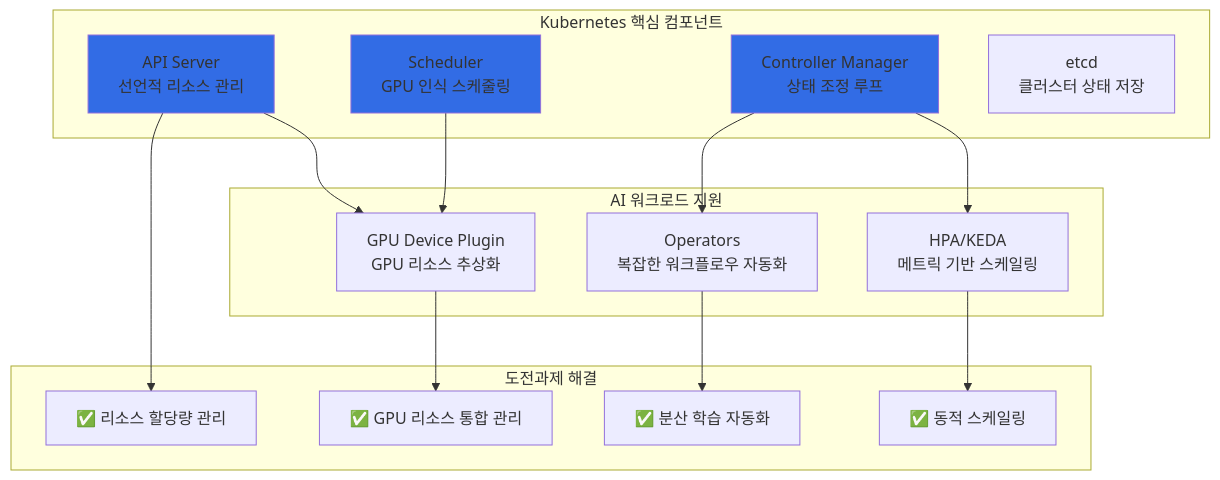
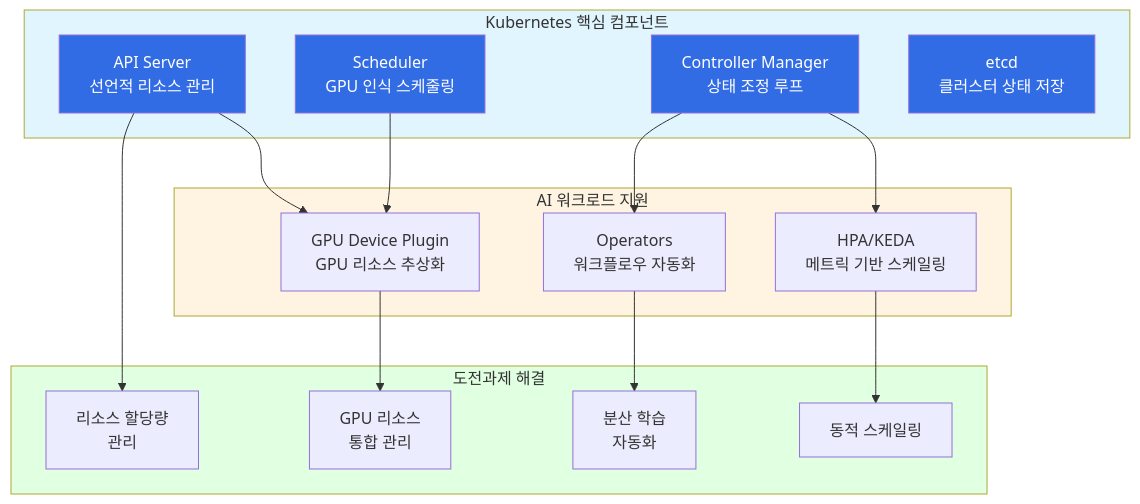
Before and after one commit to devfloor9/engineering-playbook: the third of 16 diagrams in docs/agentic-ai-platform/design-architecture/agentic-ai-challenges.md, drawn with Mermaid. The commit also changed other lines of this file and 24 other files, not shown here.

````diff
--- a/docs/agentic-ai-platform/design-architecture/agentic-ai-challenges.md
+++ b/docs/agentic-ai-platform/design-architecture/agentic-ai-challenges.md
@@ -104,35 +102,39 @@
 ```mermaid
-graph TB
-    subgraph "Kubernetes 핵심 컴포넌트"
+flowchart TD
+    subgraph K8sCore["Kubernetes 핵심 컴포넌트"]
         API["API Server<br/>선언적 리소스 관리"]
         SCHED["Scheduler<br/>GPU 인식 스케줄링"]
         CTRL["Controller Manager<br/>상태 조정 루프"]
         ETCD["etcd<br/>클러스터 상태 저장"]
     end
 
-    subgraph "AI 워크로드 지원"
+    subgraph AISupport["AI 워크로드 지원"]
         GPU["GPU Device Plugin<br/>GPU 리소스 추상화"]
         HPA["HPA/KEDA<br/>메트릭 기반 스케일링"]
-        OP["Operators<br/>복잡한 워크플로우 자동화"]
+        OP["Operators<br/>워크플로우 자동화"]
     end
 
-    subgraph "도전과제 해결"
-        S1["✅ GPU 리소스 통합 관리"]
-        S2["✅ 동적 스케일링"]
-        S3["✅ 리소스 할당량 관리"]
-        S4["✅ 분산 학습 자동화"]
+    subgraph Solutions["도전과제 해결"]
+        S1["GPU 리소스<br/>통합 관리"]
+        S2["동적 스케일링"]
+        S3["리소스 할당량<br/>관리"]
+        S4["분산 학습<br/>자동화"]
     end
 
     API --> GPU
     SCHED --> GPU
     CTRL --> HPA
     CTRL --> OP
     GPU --> S1
     HPA --> S2
     API --> S3
     OP --> S4
 
-    style API fill:#326ce5
-    style SCHED fill:#326ce5
-    style CTRL fill:#326ce5
+    style API fill:#326ce5,color:#fff
+    style SCHED fill:#326ce5,color:#fff
+    style CTRL fill:#326ce5,color:#fff
+    style ETCD fill:#326ce5,color:#fff
+    style K8sCore fill:#e1f5ff
+    style AISupport fill:#fff4e1
+    style Solutions fill:#e1ffe1
 ```
````
